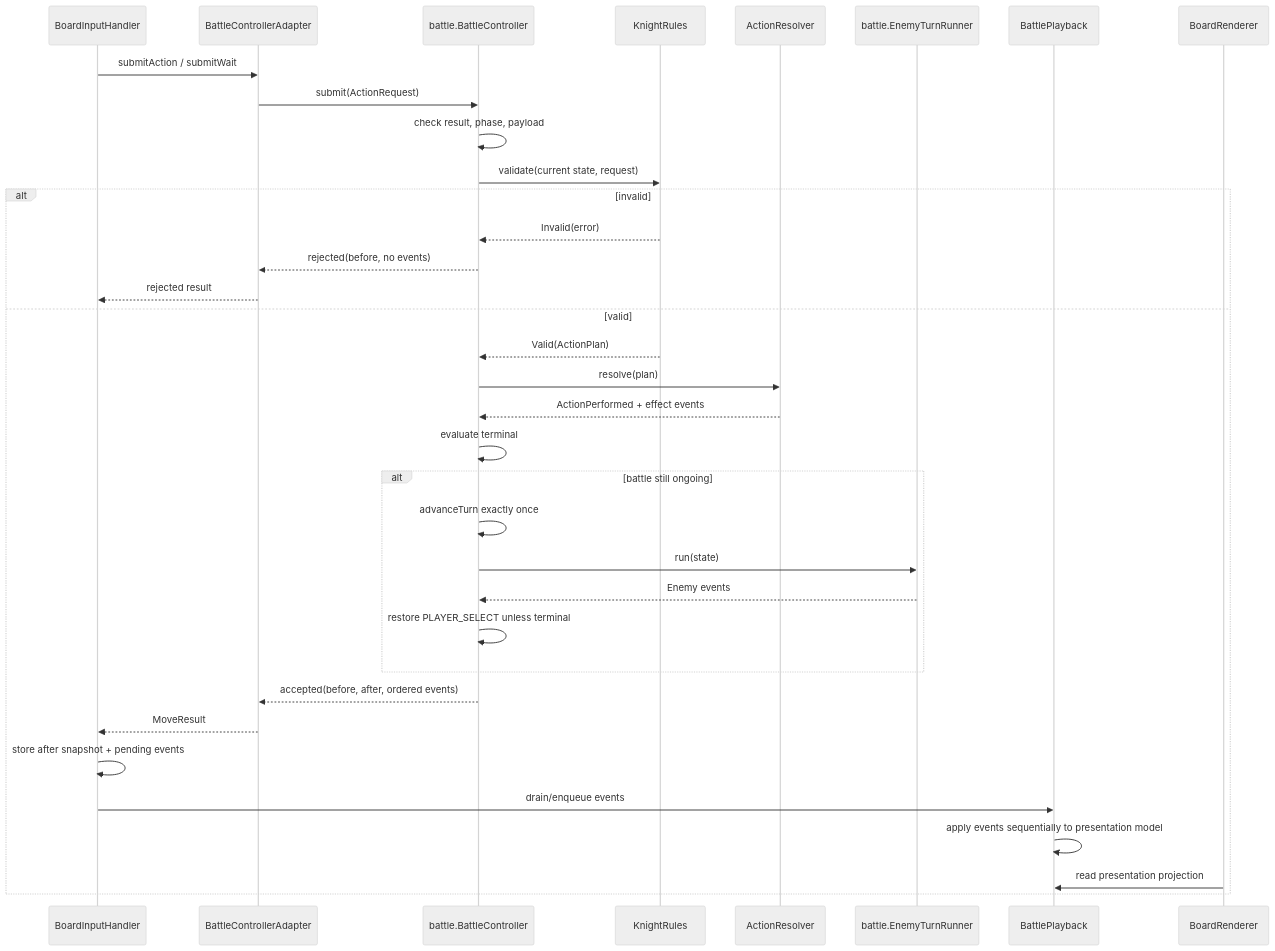
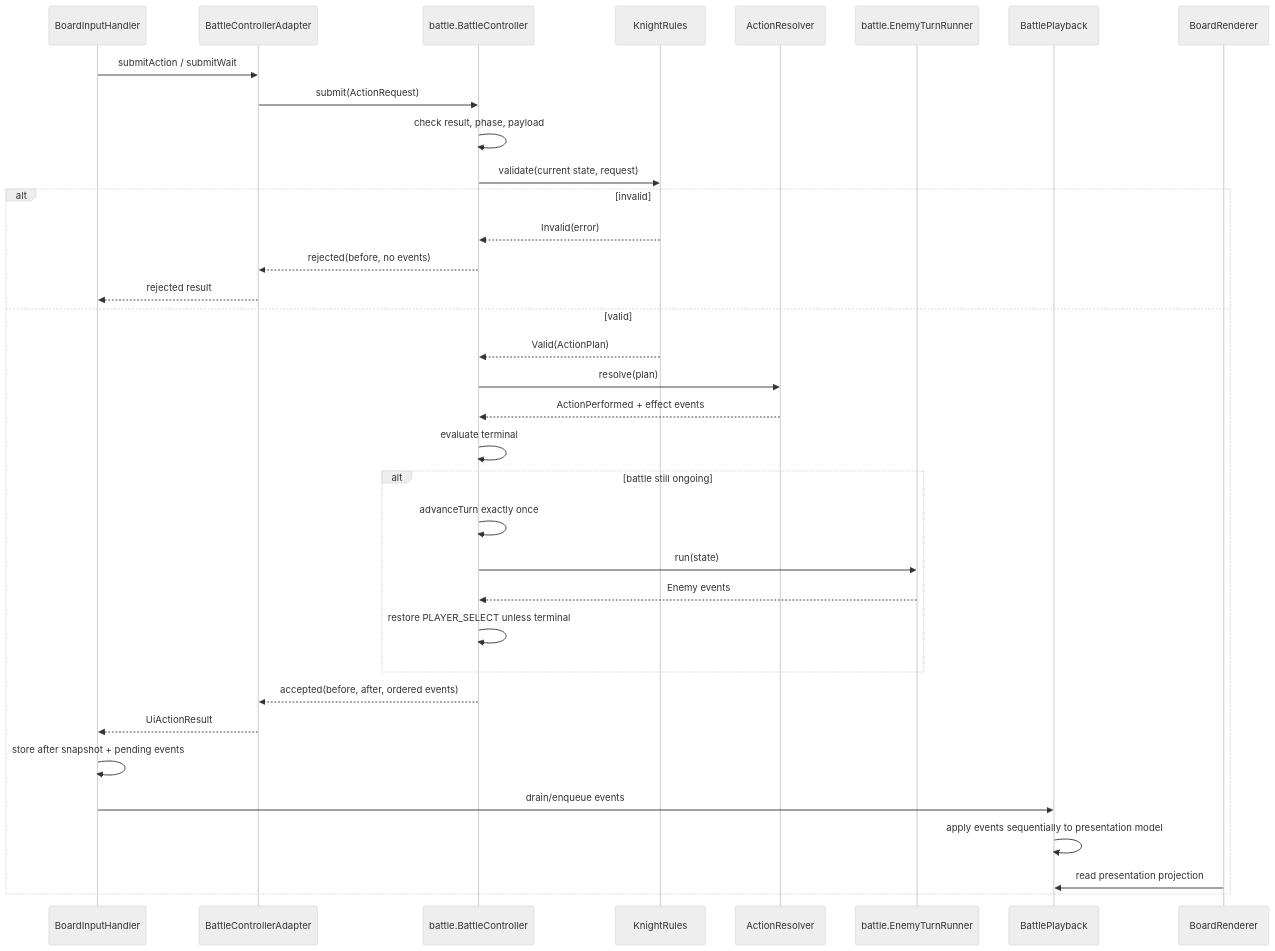
One commit to do-manh-hiep/RogueKnight changed the third of 4 diagrams in docs/CODEBASE_OVERVIEW.md. Above: the diagram before and after it, drawn with Mermaid (neutral theme). The commit also changed other lines of this file and 1 other file, not shown here.

Commit message:
docs: record architecture simplification audit

````diff
--- a/docs/CODEBASE_OVERVIEW.md
+++ b/docs/CODEBASE_OVERVIEW.md
@@ -87,37 +87,37 @@
 ```mermaid
 sequenceDiagram
     participant UI as BoardInputHandler
     participant Adapter as BattleControllerAdapter
     participant C as battle.BattleController
     participant R as KnightRules
     participant Resolver as ActionResolver
     participant Enemy as battle.EnemyTurnRunner
     participant Playback as BattlePlayback
     participant View as BoardRenderer
     UI->>Adapter: submitAction / submitWait
     Adapter->>C: submit(ActionRequest)
     C->>C: check result, phase, payload
     C->>R: validate(current state, request)
     alt invalid
         R-->>C: Invalid(error)
         C-->>Adapter: rejected(before, no events)
         Adapter-->>UI: rejected result
     else valid
         R-->>C: Valid(ActionPlan)
         C->>Resolver: resolve(plan)
         Resolver-->>C: ActionPerformed + effect events
         C->>C: evaluate terminal
         alt battle still ongoing
             C->>C: advanceTurn exactly once
             C->>Enemy: run(state)
             Enemy-->>C: Enemy events
             C->>C: restore PLAYER_SELECT unless terminal
         end
         C-->>Adapter: accepted(before, after, ordered events)
-        Adapter-->>UI: MoveResult
+        Adapter-->>UI: UiActionResult
         UI->>UI: store after snapshot + pending events
         UI->>Playback: drain/enqueue events
         Playback->>Playback: apply events sequentially to presentation model
         View->>Playback: read presentation projection
     end
 ```
````
